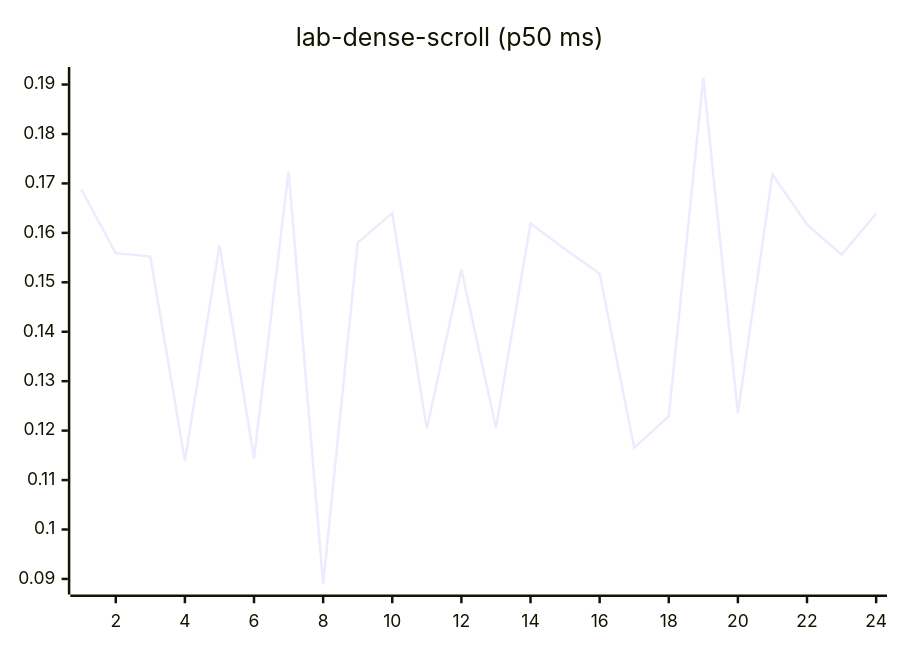
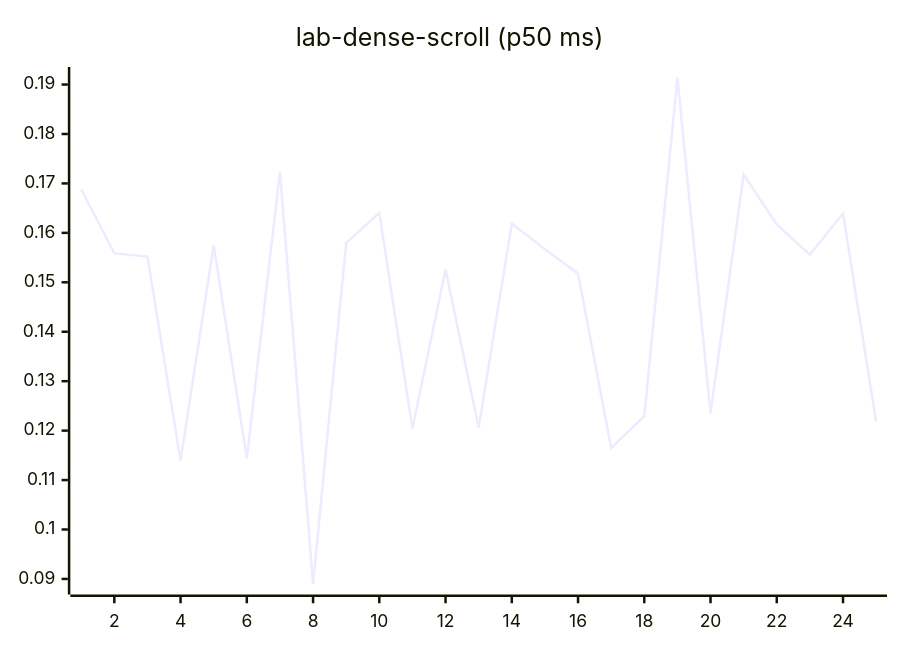
Before and after one commit to josha/Facet: diagram 12 of 27 in README.md, drawn with Mermaid. The commit also changed other lines of this file and 2 other files, not shown here.

````diff
--- a/README.md
+++ b/README.md
@@ -140,6 +140,6 @@
 ```mermaid
 xychart-beta
     title "lab-dense-scroll (p50 ms)"
-    x-axis 1 --> 24
-    line [0.1688, 0.1559, 0.1552, 0.1139, 0.1575, 0.1144, 0.1724, 0.0890, 0.1580, 0.1640, 0.1204, 0.1526, 0.1206, 0.1619, 0.1567, 0.1518, 0.1165, 0.1229, 0.1914, 0.1235, 0.1718, 0.1617, 0.1556, 0.1639]
+    x-axis 1 --> 25
+    line [0.1688, 0.1559, 0.1552, 0.1139, 0.1575, 0.1144, 0.1724, 0.0890, 0.1580, 0.1640, 0.1204, 0.1526, 0.1206, 0.1619, 0.1567, 0.1518, 0.1165, 0.1229, 0.1914, 0.1235, 0.1718, 0.1617, 0.1556, 0.1639, 0.1218]
 ```
````
